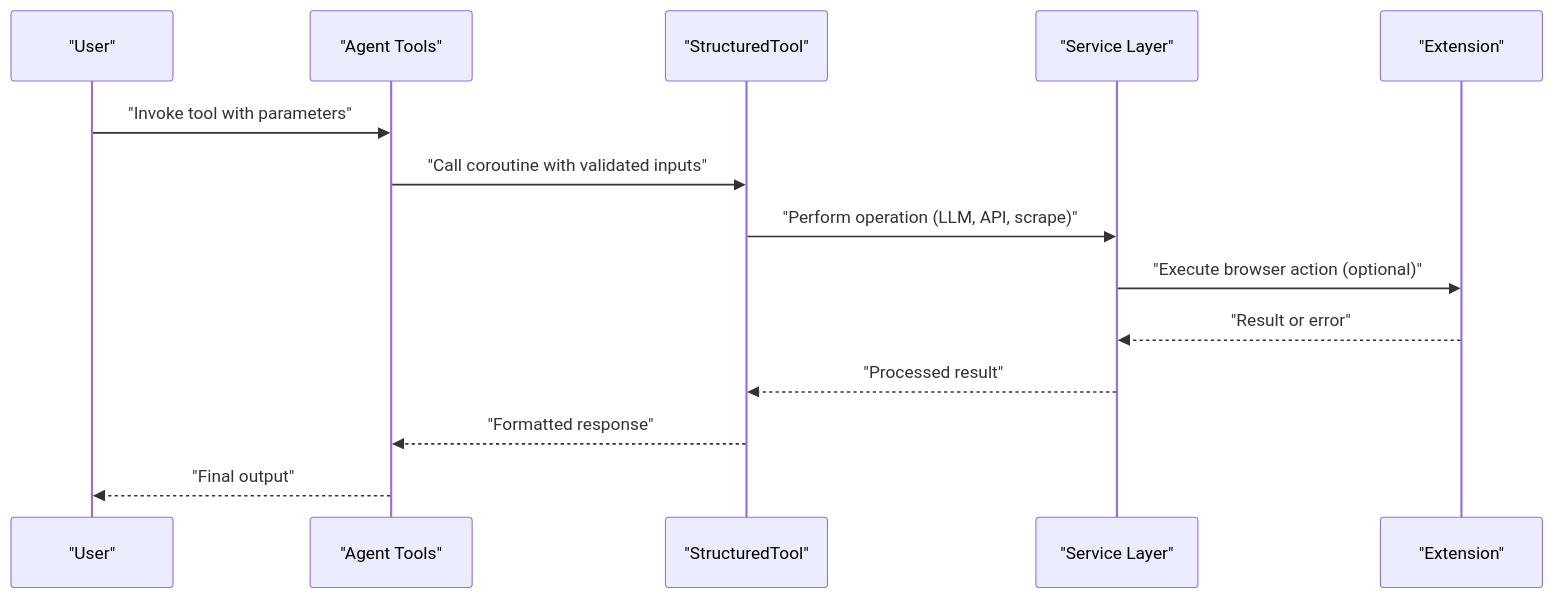
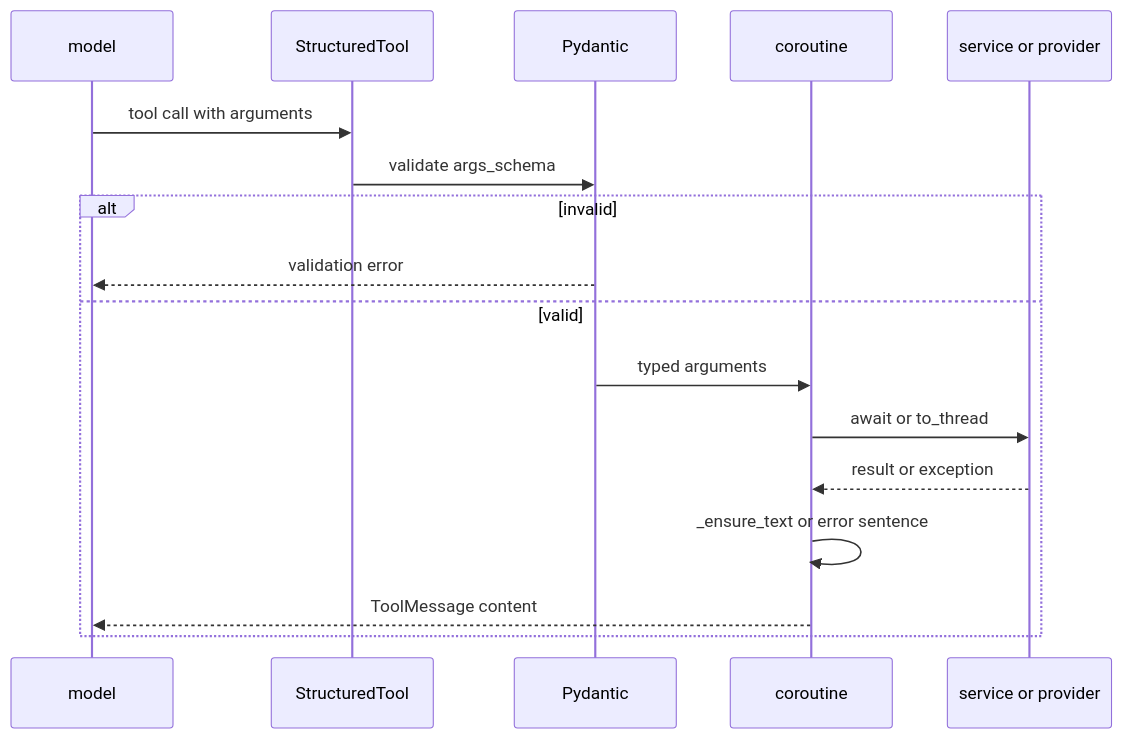
One commit to tashifkhan/tashif.codes changed the third of 5 diagrams in src/data/docs/agentic-browser/Tool System/Custom Tool Development Guide.md. Above: the diagram before and after it, drawn with Mermaid. The commit also changed other lines of this file and 114 other files, not shown here.

````diff
--- a/src/data/docs/agentic-browser/Tool System/Custom Tool Development Guide.md
+++ b/src/data/docs/agentic-browser/Tool System/Custom Tool Development Guide.md
@@ -62,16 +91,19 @@
 ```mermaid
 sequenceDiagram
-participant User as "User"
-participant Agent as "Agent Tools"
-participant Tool as "StructuredTool"
-participant Service as "Service Layer"
-participant Ext as "Extension"
-User->>Agent : "Invoke tool with parameters"
-Agent->>Tool : "Call coroutine with validated inputs"
-Tool->>Service : "Perform operation (LLM, API, scrape)"
-Service->>Ext : "Execute browser action (optional)"
-Ext-->>Service : "Result or error"
-Service-->>Tool : "Processed result"
-Tool-->>Agent : "Formatted response"
-Agent-->>User : "Final output"
+  participant M as model
+  participant T as StructuredTool
+  participant V as Pydantic
+  participant C as coroutine
+  participant S as service or provider
+  M->>T: tool call with arguments
+  T->>V: validate args_schema
+  alt invalid
+    V-->>M: validation error
+  else valid
+    V->>C: typed arguments
+    C->>S: await or to_thread
+    S-->>C: result or exception
+    C->>C: _ensure_text or error sentence
+    C-->>M: ToolMessage content
+  end
 ```
````
